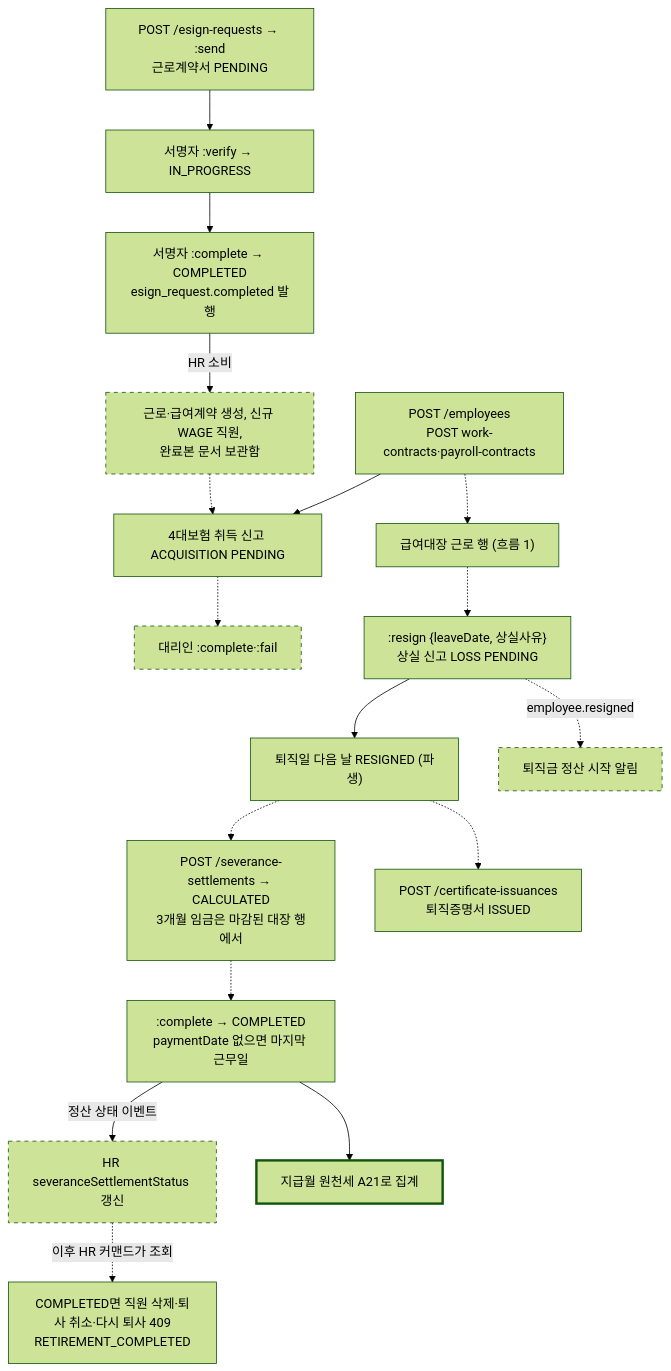
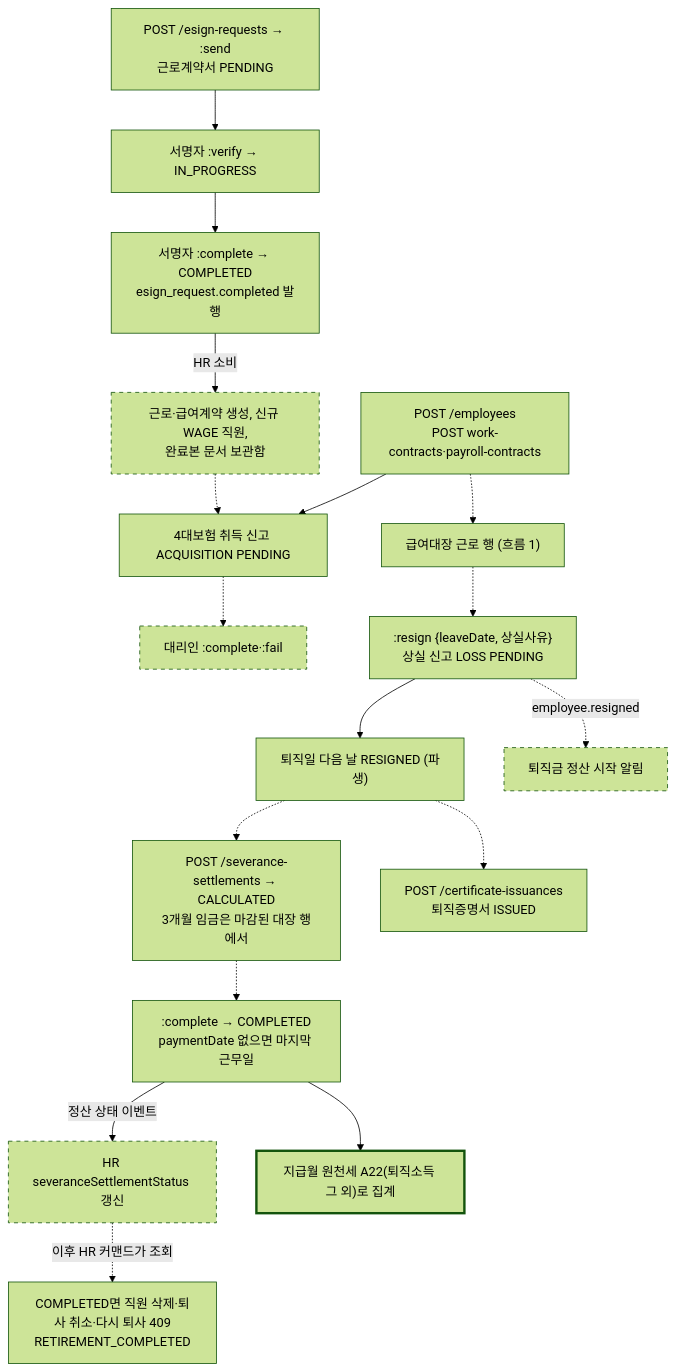
The second of 3 diagrams in docs/design/lifecycles.md (cbcruk/semu), drawn with Mermaid (forest theme) before and after one commit. The commit also changed other lines of this file and 10 other files, not shown here.

````diff
--- a/docs/design/lifecycles.md
+++ b/docs/design/lifecycles.md
@@ -93,21 +93,21 @@
 ```mermaid
 flowchart TD
   esign["POST /esign-requests → :send<br/>근로계약서 PENDING"] --> verify["서명자 :verify → IN_PROGRESS"]
   verify --> complete["서명자 :complete → COMPLETED<br/>esign_request.completed 발행"]
   complete -- "HR 소비" --> hrmake["근로·급여계약 생성, 신규 WAGE 직원,<br/>완료본 문서 보관함"]:::todo
   manual["POST /employees<br/>POST work-contracts·payroll-contracts"] --> acq["4대보험 취득 신고 ACQUISITION PENDING"]
   hrmake -.-> acq
   acq -.-> agentdo["대리인 :complete·:fail"]:::todo
   manual -.-> payroll["급여대장 근로 행 (흐름 1)"]
   payroll -.-> resign[":resign {leaveDate, 상실사유}<br/>상실 신고 LOSS PENDING"]
   resign --> resigned["퇴직일 다음 날 RESIGNED (파생)"]
   resign -. "employee.resigned" .-> start["퇴직금 정산 시작 알림"]:::todo
   resigned -.-> sev["POST /severance-settlements → CALCULATED<br/>3개월 임금은 마감된 대장 행에서"]
   sev -.-> sevdone[":complete → COMPLETED<br/>paymentDate 없으면 마지막 근무일"]
   sevdone -- "정산 상태 이벤트" --> hrstatus["HR severanceSettlementStatus 갱신"]:::todo
   hrstatus -. "이후 HR 커맨드가 조회" .-> guard["COMPLETED면 직원 삭제·퇴사 취소·다시 퇴사 409<br/>RETIREMENT_COMPLETED"]
-  sevdone --> a21["지급월 원천세 A21로 집계"]:::open
+  sevdone --> a22["지급월 원천세 A22(퇴직소득 그 외)로 집계"]:::open
   resigned -.-> cert["POST /certificate-issuances<br/>퇴직증명서 ISSUED"]
   classDef todo stroke-dasharray: 5 5
   classDef open stroke-width: 3px
 ```
````
